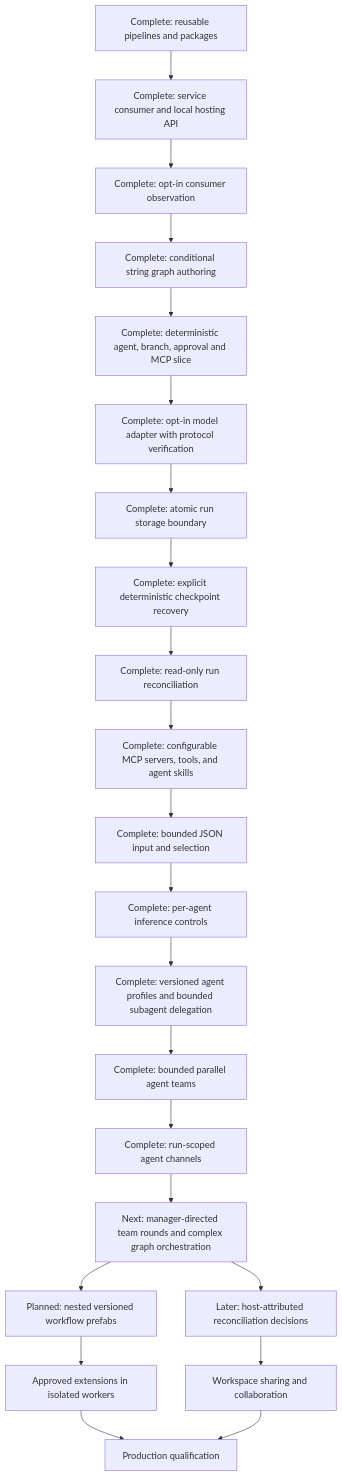
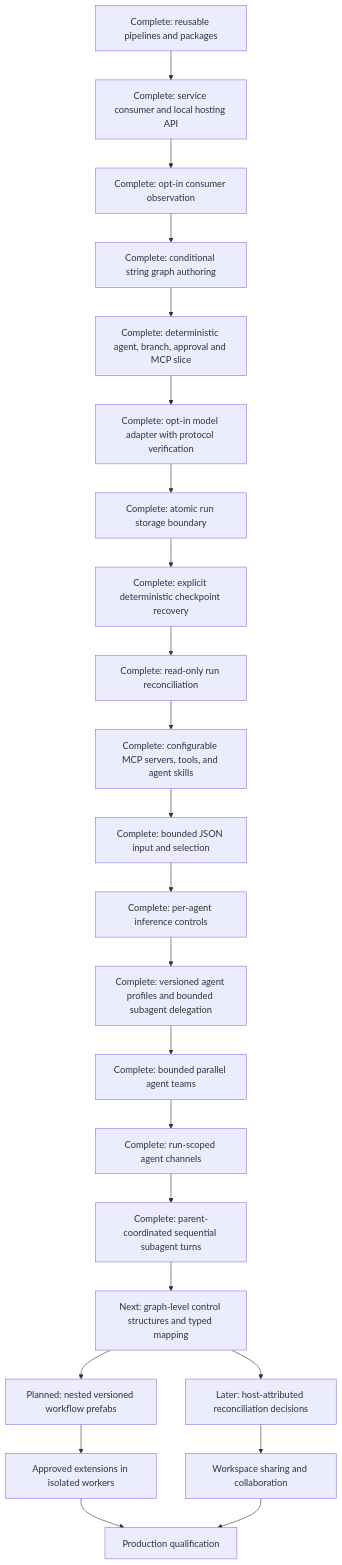
The diagram in docs/roadmap.md (gnalvesteffer/visual-agent-workflow), drawn with Mermaid before and after one commit. The commit also changed other lines of this file and 11 other files, not shown here.

Commit message:
Add parent-coordinated subagent turns

````diff
--- a/docs/roadmap.md
+++ b/docs/roadmap.md
@@ -86,24 +86,25 @@
 ```mermaid
 flowchart TD
     Reuse["Complete: reusable pipelines and packages"] --> Hosting["Complete: service consumer and local hosting API"]
     Hosting --> Observe["Complete: opt-in consumer observation"]
     Observe --> Graph["Complete: conditional string graph authoring"]
     Graph --> Vertical["Complete: deterministic agent, branch, approval and MCP slice"]
     Vertical --> Models["Complete: opt-in model adapter with protocol verification"]
     Models --> Store["Complete: atomic run storage boundary"]
     Store --> Recovery["Complete: explicit deterministic checkpoint recovery"]
     Recovery --> Assess["Complete: read-only run reconciliation"]
     Assess --> Agents["Complete: configurable MCP servers, tools, and agent skills"]
     Agents --> JsonData["Complete: bounded JSON input and selection"]
     JsonData --> Controls["Complete: per-agent inference controls"]
     Controls --> Delegation["Complete: versioned agent profiles and bounded subagent delegation"]
     Delegation --> Teams["Complete: bounded parallel agent teams"]
     Teams --> Channels["Complete: run-scoped agent channels"]
-    Channels --> Orchestration["Next: manager-directed team rounds and complex graph orchestration"]
+    Channels --> DelegationRounds["Complete: parent-coordinated sequential subagent turns"]
+    DelegationRounds --> Orchestration["Next: graph-level control structures and typed mapping"]
     Orchestration --> Assets["Planned: nested versioned workflow prefabs"]
     Orchestration --> Durable["Later: host-attributed reconciliation decisions"]
     Assets --> Extensions["Approved extensions in isolated workers"]
     Durable --> Collaboration["Workspace sharing and collaboration"]
     Extensions --> Production["Production qualification"]
     Collaboration --> Production
 ```
````
